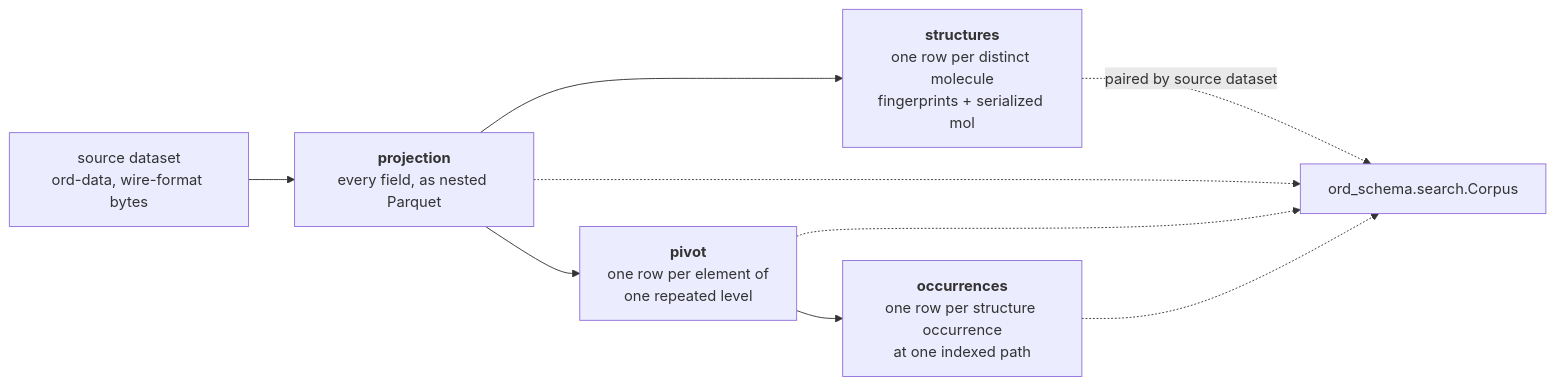
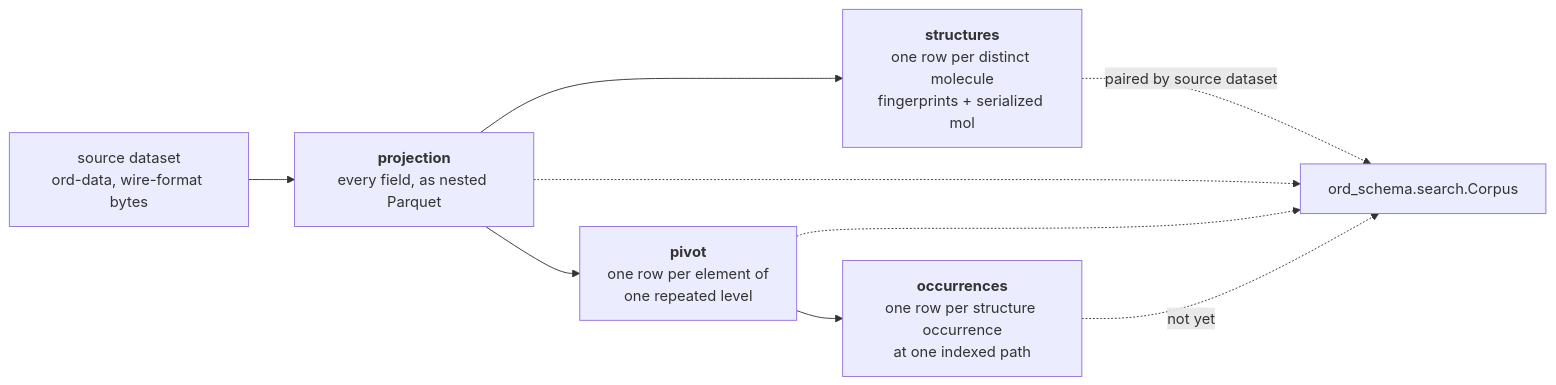
Before and after one commit to open-reaction-database/ord-schema: the diagram in ord_schema/artifacts/README.md, drawn with Mermaid. The commit also changed other lines of this file and 6 other files, not shown here.

````diff
--- a/ord_schema/artifacts/README.md
+++ b/ord_schema/artifacts/README.md
@@ -12,11 +12,11 @@
 ```mermaid
 flowchart LR
     D["source dataset<br/>ord-data, wire-format bytes"] --> P["<b>projection</b><br/>every field, as nested Parquet"]
     P --> S["<b>structures</b><br/>one row per distinct molecule<br/>fingerprints + serialized mol"]
     P --> V["<b>pivot</b><br/>one row per element of<br/>one repeated level"]
     V --> O["<b>occurrences</b><br/>one row per structure occurrence<br/>at one indexed path"]
     S -.->|"paired by source dataset"| C["ord_schema.search.Corpus"]
     P -.-> C
     V -.-> C
-    O -.-> C
+    O -. "not yet" .-> C
 ```
````
